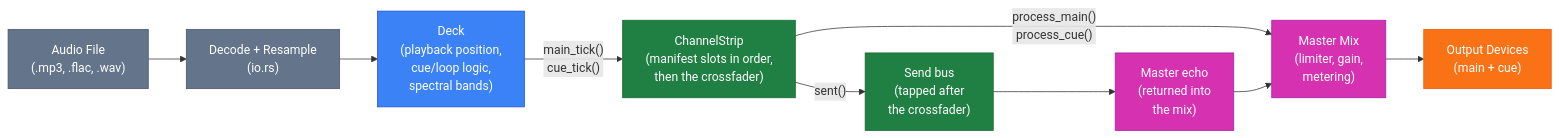
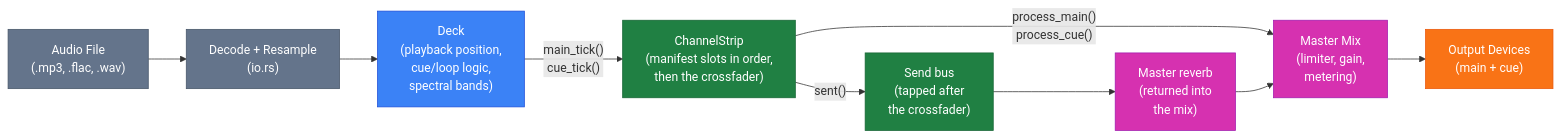
The second of 6 diagrams in architecture.md (berrutti/beatmatcher), drawn with Mermaid before and after one commit. The commit also changed other lines of this file and 61 other files, not shown here.

````diff
--- a/architecture.md
+++ b/architecture.md
@@ -94,26 +94,26 @@
 ```mermaid
 graph LR
     classDef io fill:#64748b,stroke:#475569,color:#fff
     classDef deck fill:#3b82f6,stroke:#1d4ed8,color:#fff
     classDef strip fill:#208043,stroke:#166534,color:#fff
     classDef master fill:#d631b0,stroke:#a21caf,color:#fff
     classDef out fill:#f97316,stroke:#ea580c,color:#fff
 
     File["Audio File\n(.mp3, .flac, .wav)"]:::io
     Decode["Decode + Resample\n(io.rs)"]:::io
     Deck["Deck\n(playback position,\ncue/loop logic,\nspectral bands)"]:::deck
     ChannelStrip["ChannelStrip\n(manifest slots in order,\nthen the crossfader)"]:::strip
     Send["Send bus\n(tapped after\nthe crossfader)"]:::strip
-    Echo["Master echo\n(returned into\nthe mix)"]:::master
+    Reverb["Master reverb\n(returned into\nthe mix)"]:::master
     MasterMix["Master Mix\n(limiter, gain,\nmetering)"]:::master
     Outputs["Output Devices\n(main + cue)"]:::out
 
     File --> Decode
     Decode --> Deck
     Deck -- "main_tick()\ncue_tick()" --> ChannelStrip
     ChannelStrip -- "process_main()\nprocess_cue()" --> MasterMix
     ChannelStrip -- "sent()" --> Send
-    Send --> Echo
-    Echo --> MasterMix
+    Send --> Reverb
+    Reverb --> MasterMix
     MasterMix --> Outputs
 ```
````
